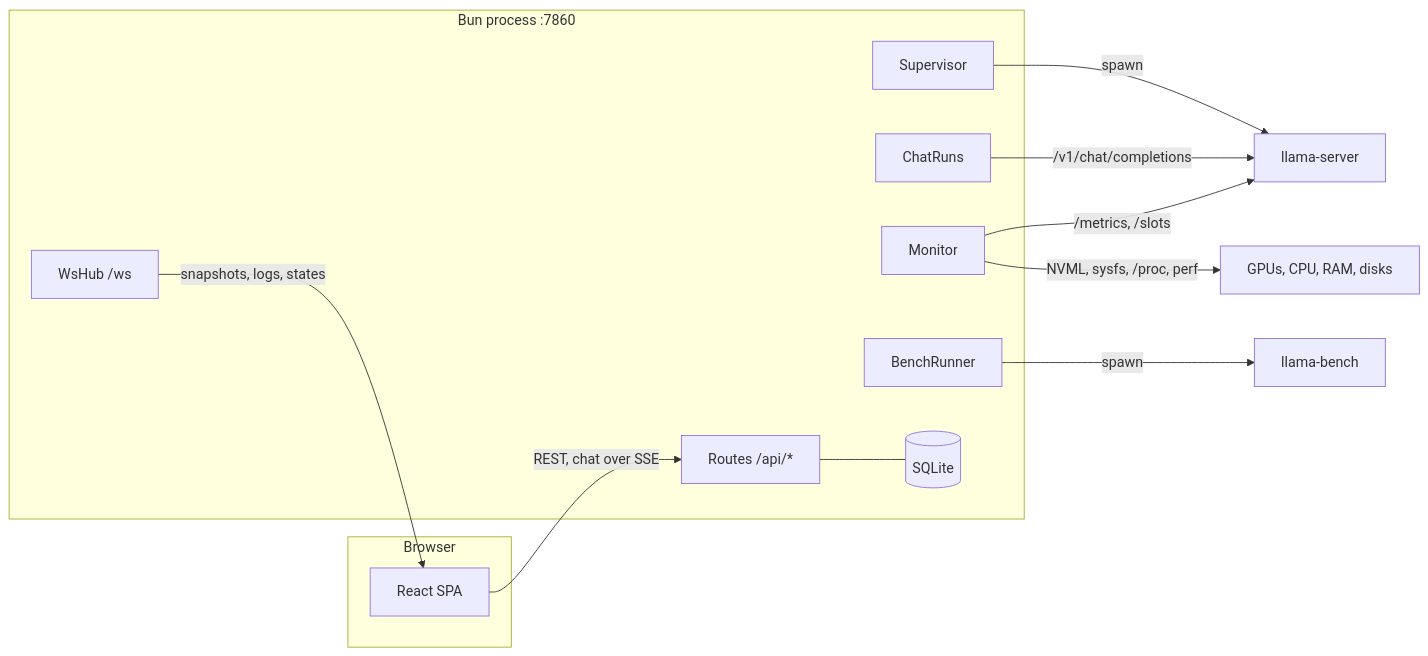
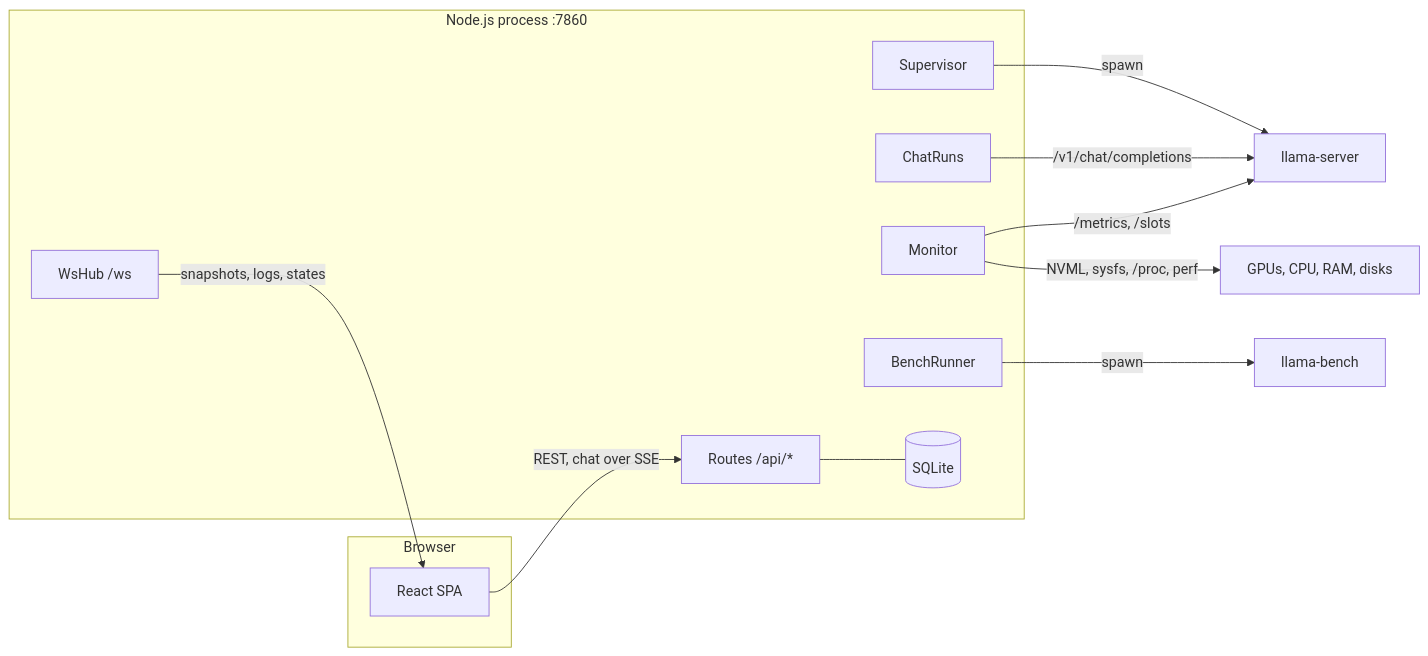
Before and after one commit to SharkEzz/llama-webui: the diagram in README.md, drawn with Mermaid. The commit also changed other lines of this file and 301 other files, not shown here.

````diff
--- a/README.md
+++ b/README.md
@@ -260,23 +263,23 @@
 ```mermaid
 flowchart LR
   subgraph browser["Browser"]
     ui["React SPA"]
   end
-  subgraph bun["Bun process :7860"]
+  subgraph node["Node.js process :7860"]
     routes["Routes /api/*"]
     hub["WsHub /ws"]
     sup["Supervisor"]
     mon["Monitor"]
     chat["ChatRuns"]
     bench["BenchRunner"]
     db[("SQLite")]
   end
   ui -- "REST, chat over SSE" --> routes
   hub -- "snapshots, logs, states" --> ui
   routes --- db
   sup -- "spawn" --> ls["llama-server"]
   chat -- "/v1/chat/completions" --> ls
   mon -- "/metrics, /slots" --> ls
   mon -- "NVML, sysfs, /proc, perf" --> hw["GPUs, CPU, RAM, disks"]
   bench -- "spawn" --> lb["llama-bench"]
 ```
````
